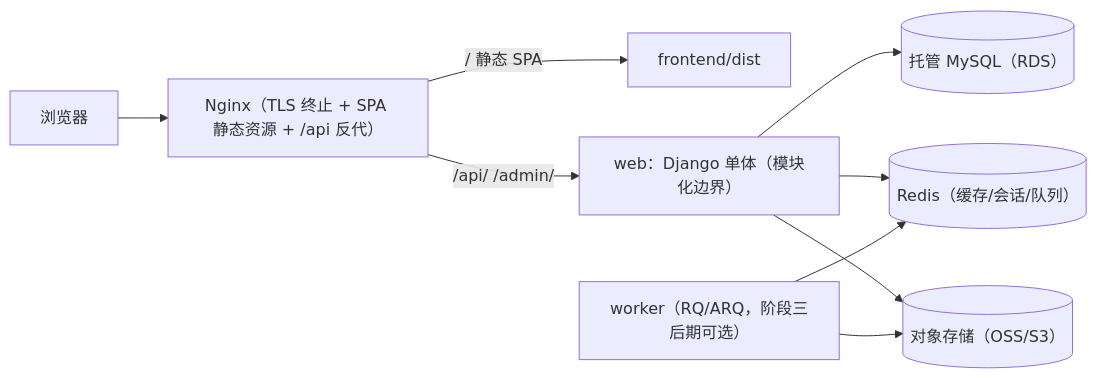
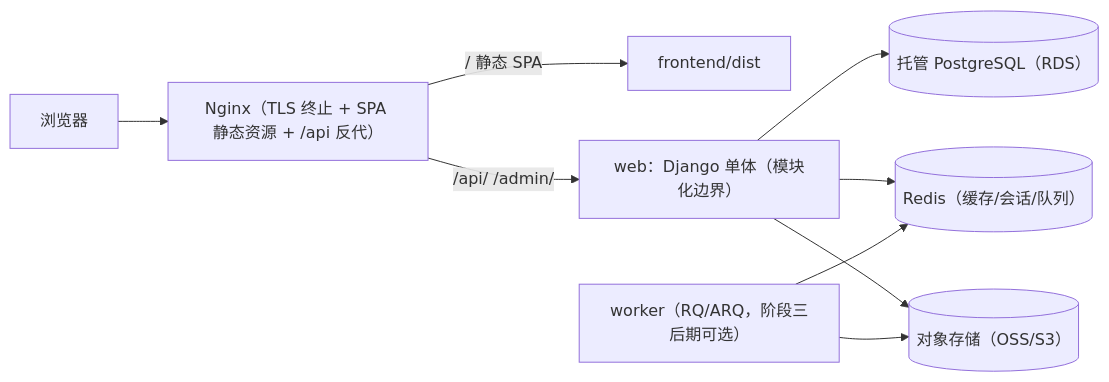
One commit to NCBCNet/NCBCNet changed the first of 3 diagrams in docs/ARCHITECTURE_ROADMAP.md. Above: the diagram before and after it, drawn with Mermaid. The commit also changed other lines of this file and 15 other files, not shown here.

Commit message:
feat: migrate database from MySQL to PostgreSQL and update related configurations

````diff
--- a/docs/ARCHITECTURE_ROADMAP.md
+++ b/docs/ARCHITECTURE_ROADMAP.md
@@ -81,11 +81,11 @@
 ```mermaid
 flowchart LR
     U["浏览器"] --> N["Nginx（TLS 终止 + SPA 静态资源 + /api 反代）"]
     N -->|"/ 静态 SPA"| D["frontend/dist"]
     N -->|"/api/ /admin/"| W["web：Django 单体（模块化边界）"]
-    W --> M[("托管 MySQL（RDS）")]
+    W --> M[("托管 PostgreSQL（RDS）")]
     W --> R[("Redis（缓存/会话/队列）")]
     W --> O[("对象存储（OSS/S3）")]
     Q["worker（RQ/ARQ，阶段三后期可选）"] --> R
     Q --> O
 ```
````
